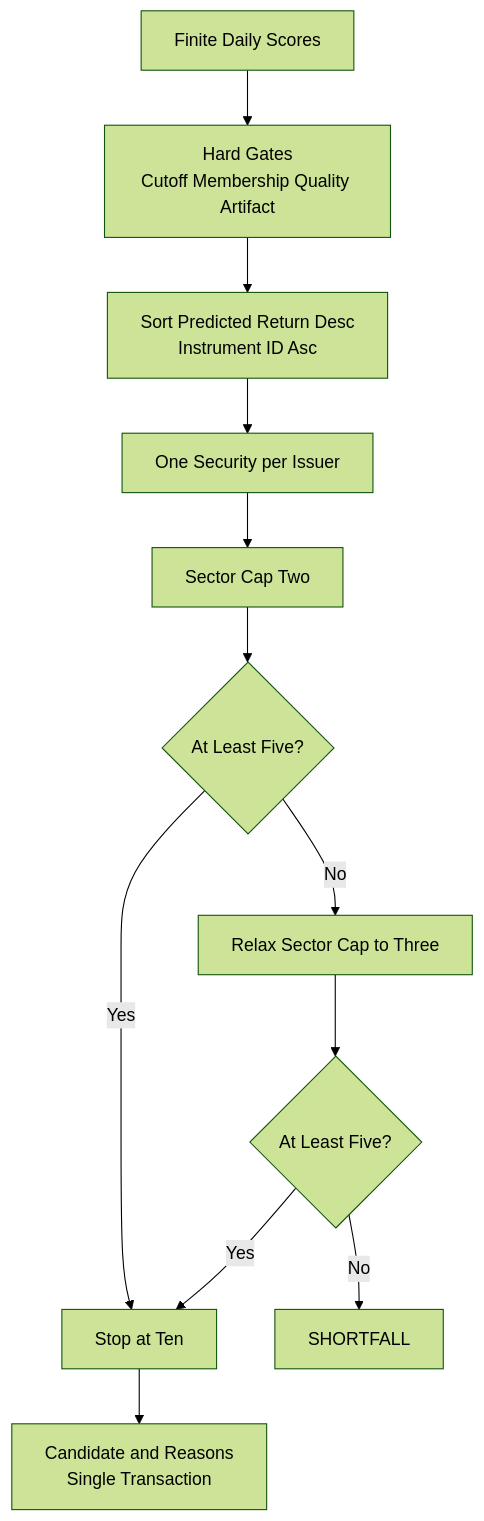
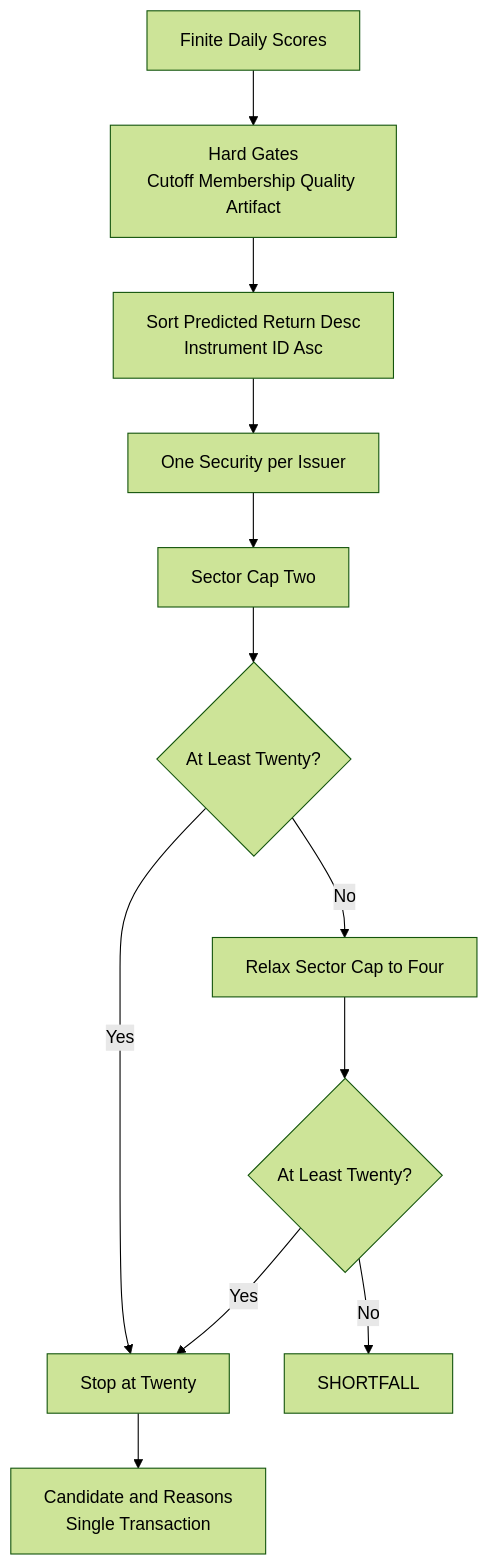
One commit to brjeong-private/sp500-candidate-engine changed the third of 3 diagrams in .github/modernize/assessment/engines/facts/model-architecture.md. Above: the diagram before and after it, drawn with Mermaid (forest theme). The commit also changed other lines of this file and 69 other files, not shown here.

````diff
--- a/.github/modernize/assessment/engines/facts/model-architecture.md
+++ b/.github/modernize/assessment/engines/facts/model-architecture.md
@@ -464,14 +467,14 @@
 ```mermaid
 flowchart TD
     Scores["Finite Daily Scores"] --> Hard["Hard Gates<br/>Cutoff Membership Quality Artifact"]
     Hard --> Sort["Sort Predicted Return Desc<br/>Instrument ID Asc"]
     Sort --> Issuer["One Security per Issuer"]
     Issuer --> Sector["Sector Cap Two"]
-    Sector --> Count{"At Least Five?"}
-    Count -->|"Yes"| Top["Stop at Ten"]
-    Count -->|"No"| Relax["Relax Sector Cap to Three"]
-    Relax --> Shortfall{"At Least Five?"}
+    Sector --> Count{"At Least Twenty?"}
+    Count -->|"Yes"| Top["Stop at Twenty"]
+    Count -->|"No"| Relax["Relax Sector Cap to Four"]
+    Relax --> Shortfall{"At Least Twenty?"}
     Shortfall -->|"Yes"| Top
     Shortfall -->|"No"| Fail["SHORTFALL"]
     Top --> Persist["Candidate and Reasons<br/>Single Transaction"]
 ```
````
